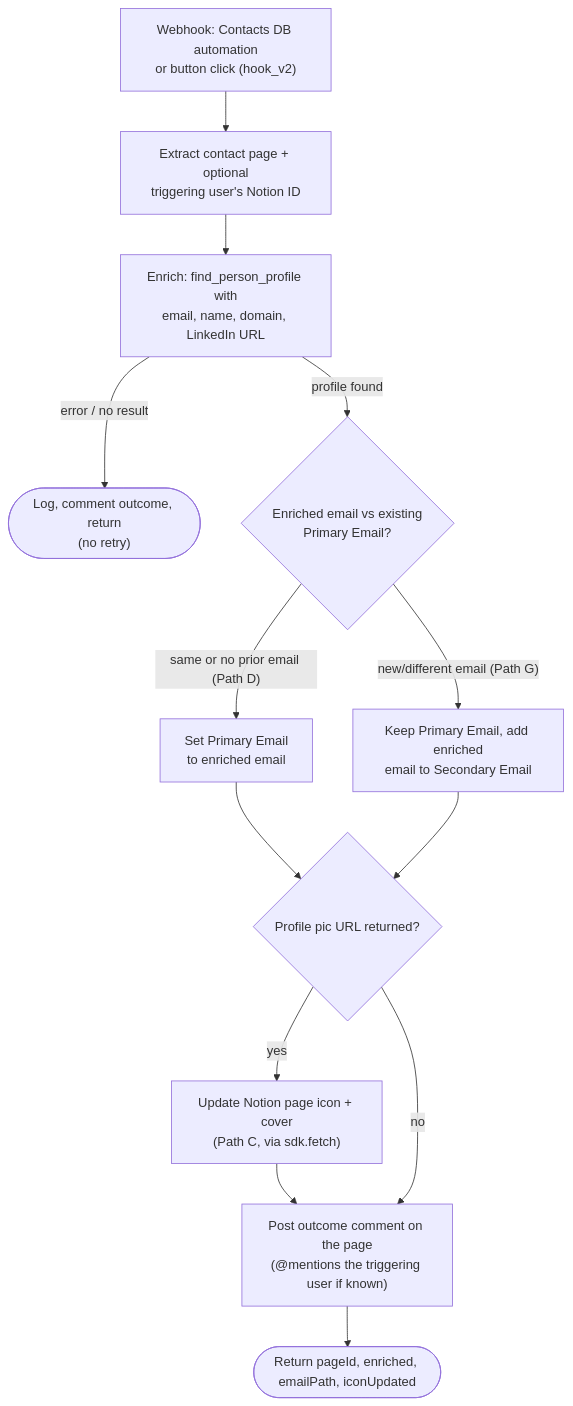
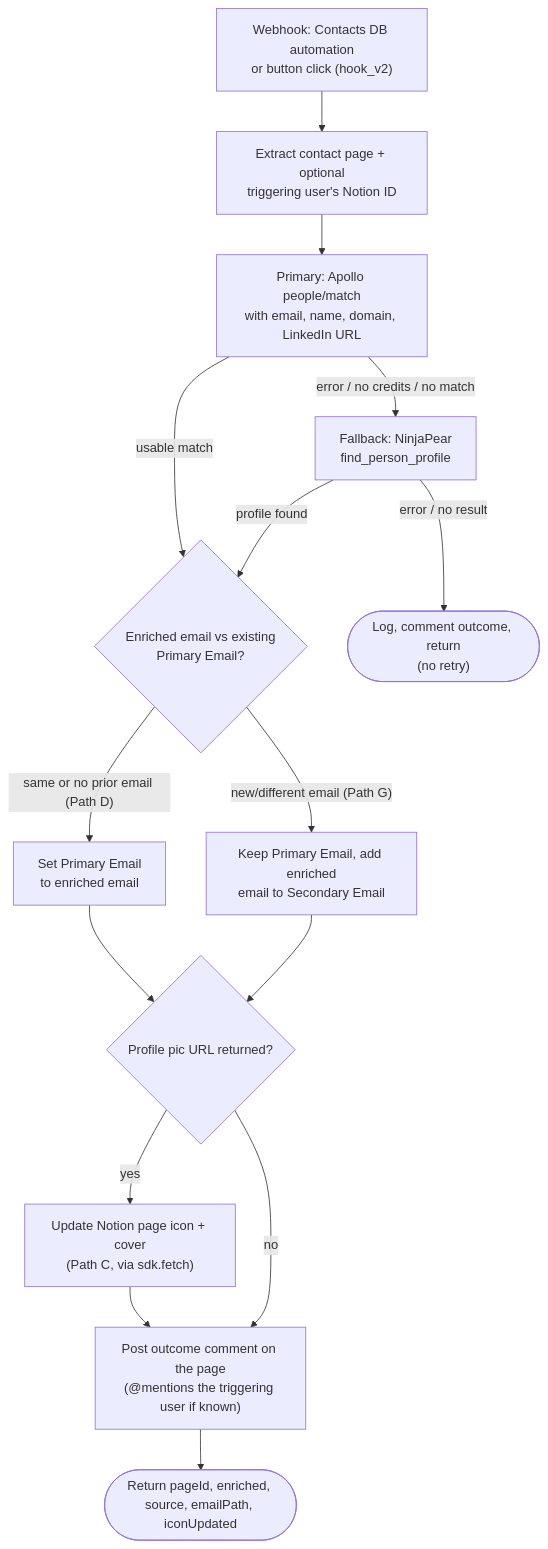
The diagram in enrich-contact-records/README.md (work-flowers/zapier-sdk), drawn with Mermaid before and after one commit. The commit also changed other lines of this file and 2 other files, not shown here.

First line of the commit message:
feat: enrich contacts via Apollo.io first, fall back to NinjaPear

````diff
--- a/enrich-contact-records/README.md
+++ b/enrich-contact-records/README.md
@@ -29,14 +47,16 @@
 ```mermaid
 flowchart TD
     A["Webhook: Contacts DB automation<br/>or button click (hook_v2)"] --> B["Extract contact page + optional<br/>triggering user's Notion ID"]
-    B --> C["Enrich: find_person_profile with<br/>email, name, domain, LinkedIn URL"]
-    C -- error / no result --> D(["Log, comment outcome, return<br/>(no retry)"])
-    C -- profile found --> E{"Enriched email vs existing<br/>Primary Email?"}
+    B --> AP["Primary: Apollo people/match<br/>with email, name, domain, LinkedIn URL"]
+    AP -- "usable match" --> E
+    AP -- "error / no credits / no match" --> NP["Fallback: NinjaPear<br/>find_person_profile"]
+    NP -- "profile found" --> E{"Enriched email vs existing<br/>Primary Email?"}
+    NP -- "error / no result" --> D(["Log, comment outcome, return<br/>(no retry)"])
     E -- "same or no prior email (Path D)" --> F["Set Primary Email<br/>to enriched email"]
     E -- "new/different email (Path G)" --> G["Keep Primary Email, add enriched<br/>email to Secondary Email"]
     F --> H{"Profile pic URL returned?"}
     G --> H
     H -- yes --> I["Update Notion page icon + cover<br/>(Path C, via sdk.fetch)"] --> J
     H -- no --> J["Post outcome comment on the page<br/>(@mentions the triggering user if known)"]
-    J --> K(["Return pageId, enriched, emailPath, iconUpdated"])
+    J --> K(["Return pageId, enriched, source, emailPath, iconUpdated"])
 ```
````
